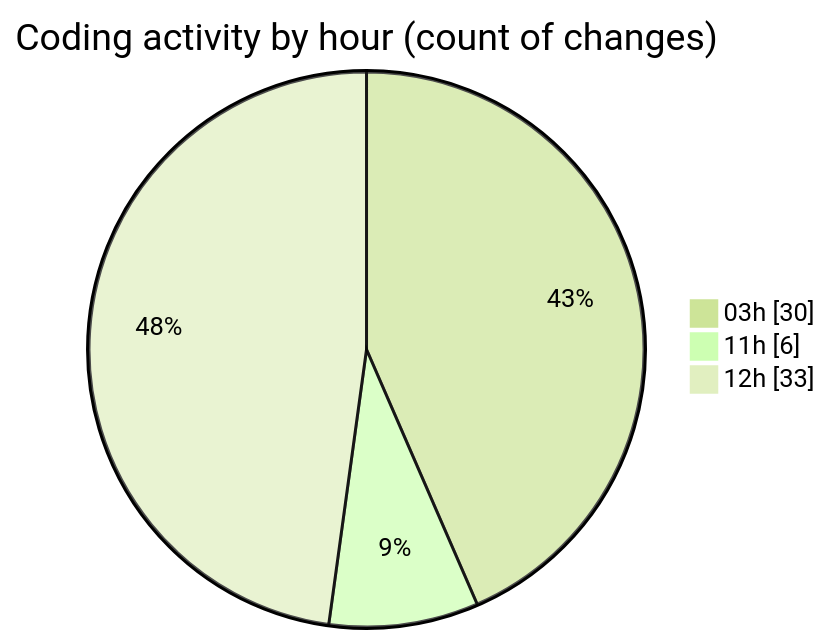
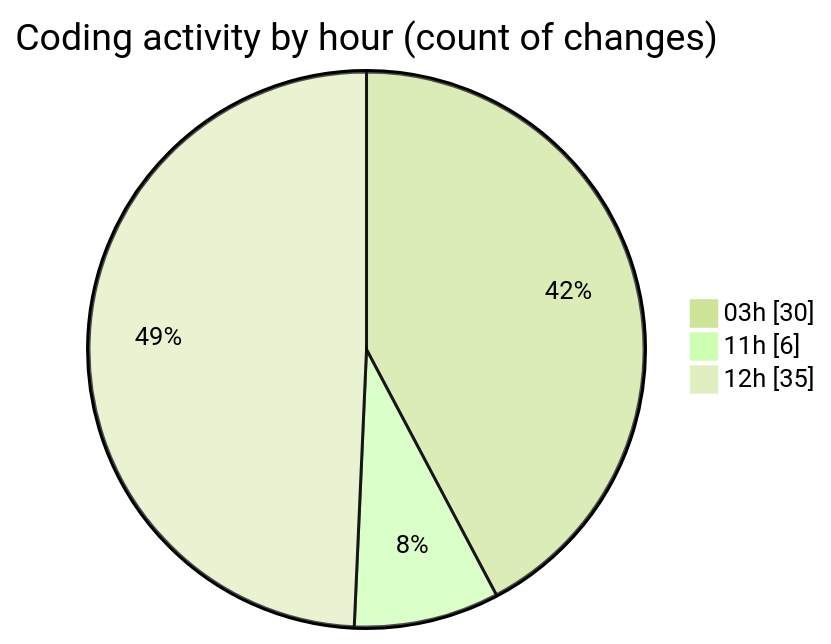
Before and after one commit to lephambinh05/code-tracking: the second of 2 diagrams in 2025-09-13/napxuvn/README.md, drawn with Mermaid (forest theme). The commit also changed other lines of this file and 1 other file, not shown here.

````diff
--- a/2025-09-13/napxuvn/README.md
+++ b/2025-09-13/napxuvn/README.md
@@ -57,7 +57,7 @@
 ```mermaid
 pie showData
 title Coding activity by hour (count of changes)
 "03h" : 30
 "11h" : 6
-"12h" : 33
+"12h" : 35
 ```
````
